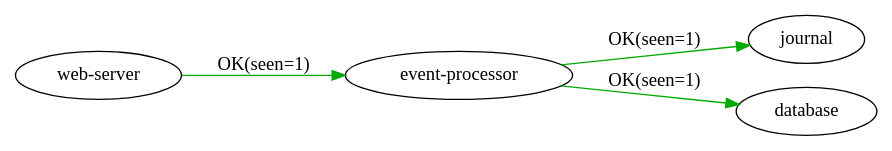
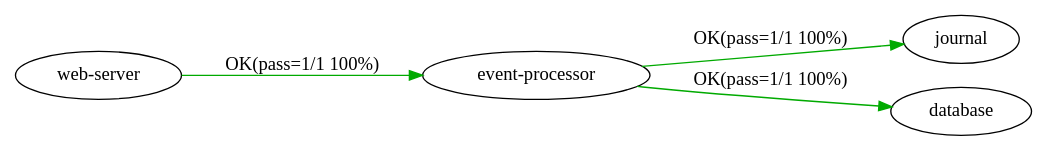
One commit to ane/observatory changed the fourth of 5 diagrams in docs/src/configuration.rst. Above: the diagram before and after it, drawn with Graphviz. The commit also changed other lines of this file and 5 other files, not shown here.

```diff
--- a/docs/src/configuration.rst
+++ b/docs/src/configuration.rst
@@ -115,13 +126,13 @@
 .. graphviz::
    
    digraph foo {
      rankdir=LR;
      A[label="web-server"];
      B[label="event-processor"];
      C[label="journal"];
      D[label="database"];
 
-     A->B[label="OK(seen=1)",color="#00AA00"];
-     B->C[label="OK(seen=1)",color="#00AA00"];
-     B->D[label="OK(seen=1)",color="#00AA00"];
+     A->B[label="OK(pass=1/1 100%)",color="#00AA00"];
+     B->C[label="OK(pass=1/1 100%)",color="#00AA00"];
+     B->D[label="OK(pass=1/1 100%)",color="#00AA00"];
    }
```
